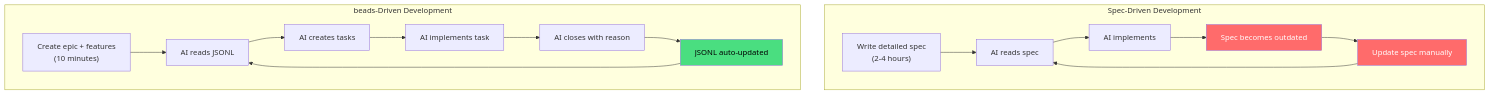
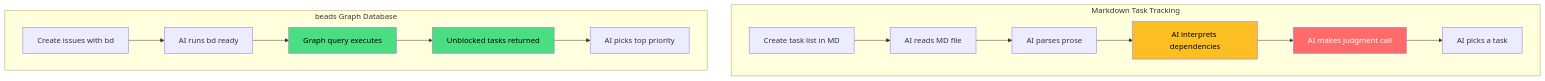
Before and after one commit to koustubh25/mission-house: the third of 5 diagrams in docs/blog/part2-beads-deep-dive.md, drawn with Mermaid. The commit also changed other lines of this file and 1 other file, not shown here.

First line of the commit message:
docs: Revise blog to focus on graph-based advantages over MD files

````diff
--- a/docs/blog/part2-beads-deep-dive.md
+++ b/docs/blog/part2-beads-deep-dive.md
@@ -214,27 +220,28 @@
 ```mermaid
 flowchart TB
-    subgraph Spec["Spec-Driven Development"]
-        S1["Write detailed spec<br/>(2-4 hours)"]
-        S2["AI reads spec"]
-        S3["AI implements"]
-        S4["Spec becomes outdated"]
-        S5["Update spec manually"]
+    subgraph MD["Markdown Task Tracking"]
+        M1["Create task list in MD"]
+        M2["AI reads MD file"]
+        M3["AI parses prose"]
+        M4["AI interprets dependencies"]
+        M5["AI makes judgment call"]
+        M6["AI picks a task"]
 
-        S1 --> S2 --> S3 --> S4 --> S5 --> S2
+        M1 --> M2 --> M3 --> M4 --> M5 --> M6
     end
 
-    subgraph Beads["beads-Driven Development"]
-        B1["Create epic + features<br/>(10 minutes)"]
-        B2["AI reads JSONL"]
-        B3["AI creates tasks"]
-        B4["AI implements task"]
-        B5["AI closes with reason"]
-        B6["JSONL auto-updated"]
+    subgraph Beads["beads Graph Database"]
+        B1["Create issues with bd"]
+        B2["AI runs bd ready"]
+        B3["Graph query executes"]
+        B4["Unblocked tasks returned"]
+        B5["AI picks top priority"]
 
-        B1 --> B2 --> B3 --> B4 --> B5 --> B6 --> B2
+        B1 --> B2 --> B3 --> B4 --> B5
     end
 
-    style S4 fill:#ff6b6b,color:#fff
-    style S5 fill:#ff6b6b,color:#fff
-    style B6 fill:#4ade80,color:#000
+    style M4 fill:#fbbf24,color:#000
+    style M5 fill:#ff6b6b,color:#fff
+    style B3 fill:#4ade80,color:#000
+    style B4 fill:#4ade80,color:#000
 ```
````
